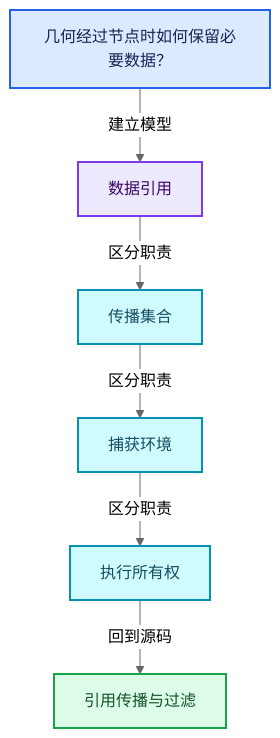
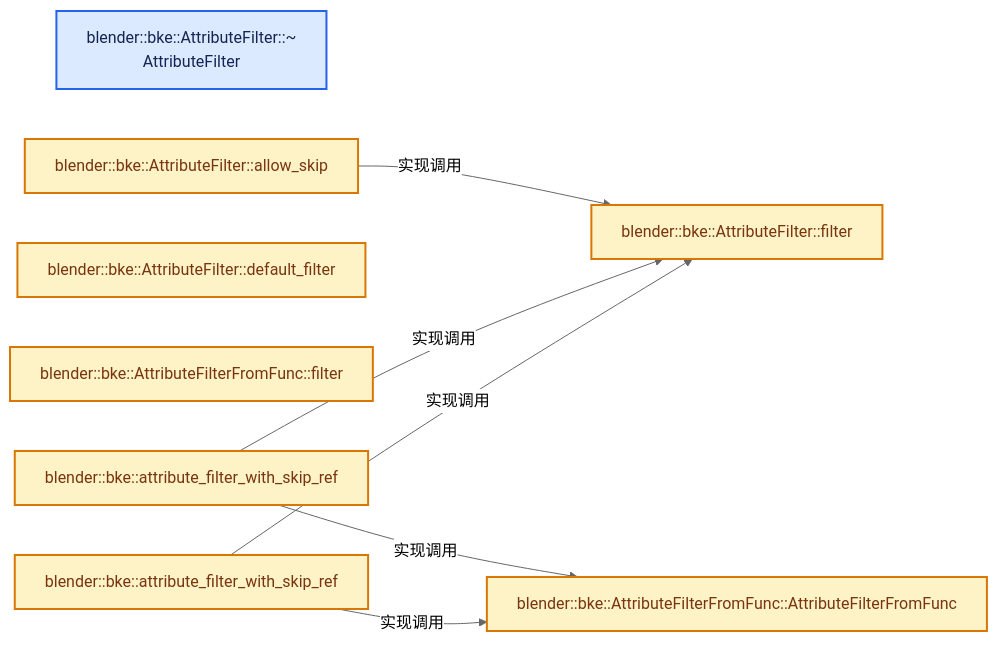
One commit to yunkezengren/blender-.vscode changed the second of 4 diagrams in 杂/markdown/全面学习-codex/10-引用生命周期与Closure/04-引用传播与过滤.md. Above: the diagram before and after it, drawn with Mermaid (neutral theme). The commit also changed other lines of this file and 1930 other files, not shown here.

````diff
--- a/杂/markdown/全面学习-codex/10-引用生命周期与Closure/04-引用传播与过滤.md
+++ b/杂/markdown/全面学习-codex/10-引用生命周期与Closure/04-引用传播与过滤.md
@@ -61,20 +46,22 @@
 ```mermaid
-flowchart TB
-  Q["几何经过节点时如何保留必要数据？"]:::input
-  C0["数据引用"]:::abstraction
-  C1["传播集合"]:::data
-  C2["捕获环境"]:::data
-  C3["执行所有权"]:::data
-  R["引用传播与过滤"]:::result
-  Q -->|"建立模型"| C0
-  C0 -->|"区分职责"| C1
-  C1 -->|"区分职责"| C2
-  C2 -->|"区分职责"| C3
-  C3 -->|"回到源码"| R
+flowchart LR
+  F0["blender::bke::AttributeFilter::~<br/>AttributeFilter"]:::input
+  F1["blender::bke::AttributeFilter::filter"]:::compute
+  F2["blender::bke::AttributeFilter::allow_skip"]:::compute
+  F3["blender::bke::AttributeFilter::default_filter"]:::compute
+  F4["blender::bke::AttributeFilterFromFunc::AttributeFilterFromFunc"]:::compute
+  F5["blender::bke::AttributeFilterFromFunc::filter"]:::compute
+  F6["blender::bke::attribute_filter_with_skip_ref"]:::compute
+  F7["blender::bke::attribute_filter_with_skip_ref"]:::compute
+  F2 -->|"实现调用"| F1
+  F6 -->|"实现调用"| F4
+  F6 -->|"实现调用"| F1
+  F7 -->|"实现调用"| F4
+  F7 -->|"实现调用"| F1
   classDef input fill:#DBEAFE,stroke:#2563EB,color:#172554,stroke-width:2px;
   classDef data fill:#CFFAFE,stroke:#0891B2,color:#164E63,stroke-width:2px;
   classDef abstraction fill:#EDE9FE,stroke:#7C3AED,color:#3B0764,stroke-width:2px;
   classDef compute fill:#FEF3C7,stroke:#D97706,color:#78350F,stroke-width:2px;
   classDef result fill:#DCFCE7,stroke:#16A34A,color:#14532D,stroke-width:2px;
   classDef error fill:#FEE2E2,stroke:#DC2626,color:#7F1D1D,stroke-width:2px;
 ```
````
